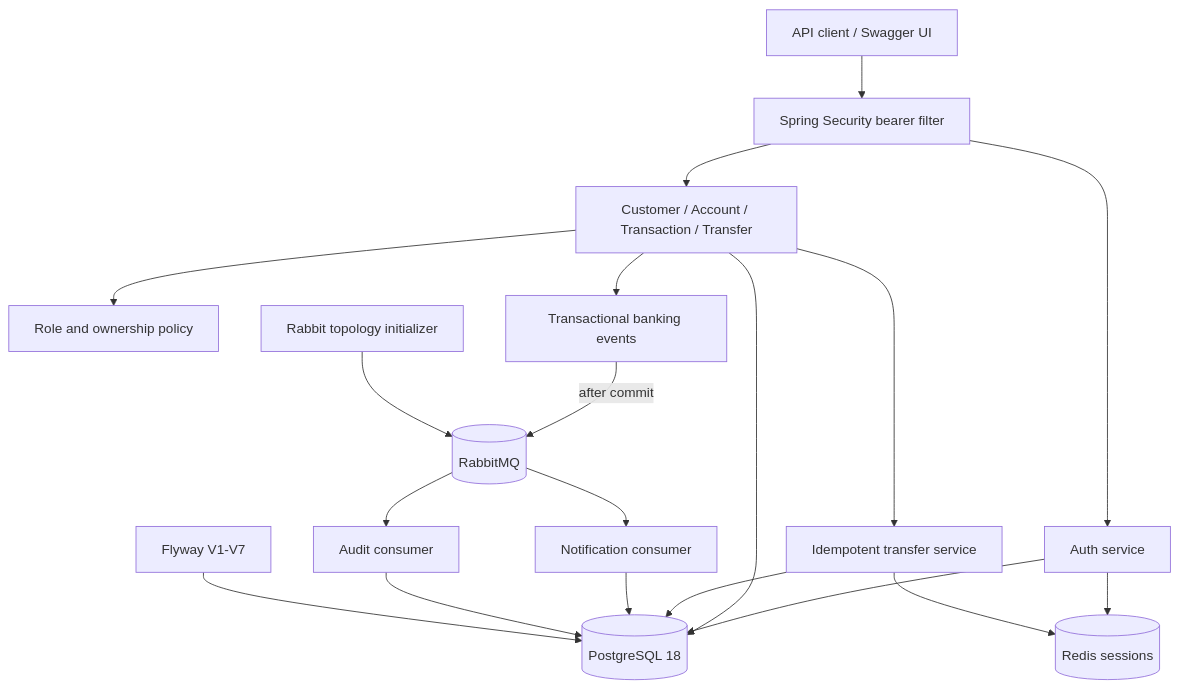
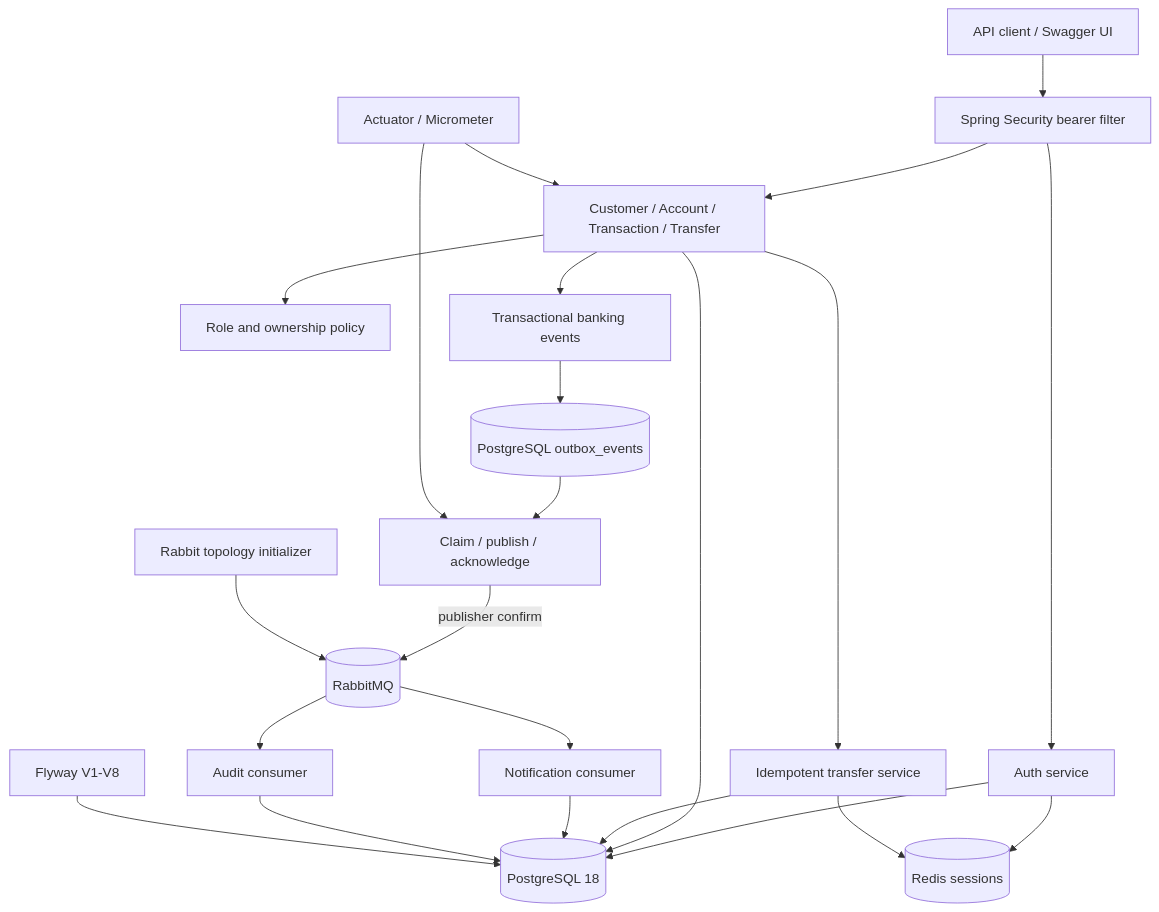
The diagram in docs/architecture.md (rizal15D/simulation-bank), drawn with Mermaid before and after one commit. The commit also changed other lines of this file and 9 other files, not shown here.

````diff
--- a/docs/architecture.md
+++ b/docs/architecture.md
@@ -5,21 +5,25 @@
 ```mermaid
 flowchart TD
     Client[API client / Swagger UI] --> Security[Spring Security bearer filter]
     Security --> Auth[Auth service]
     Security --> Banking[Customer / Account / Transaction / Transfer]
     Auth --> PG[(PostgreSQL 18)]
     Auth --> Redis[(Redis sessions)]
     Banking --> Policy[Role and ownership policy]
     Banking --> PG
     Banking --> Idem[Idempotent transfer service]
     Idem --> Redis
     Idem --> PG
     Banking --> Events[Transactional banking events]
-    Events -->|after commit| Rabbit[(RabbitMQ)]
+    Events --> Outbox[(PostgreSQL outbox_events)]
+    Outbox --> Publisher[Claim / publish / acknowledge]
+    Publisher -->|publisher confirm| Rabbit[(RabbitMQ)]
     Rabbit --> Notify[Notification consumer]
     Rabbit --> Audit[Audit consumer]
     Notify --> PG
     Audit --> PG
     RabbitConfig[Rabbit topology initializer] --> Rabbit[(RabbitMQ)]
-    Flyway[Flyway V1-V7] --> PG
+    Metrics[Actuator / Micrometer] --> Banking
+    Metrics --> Publisher
+    Flyway[Flyway V1-V8] --> PG
 ```
````
